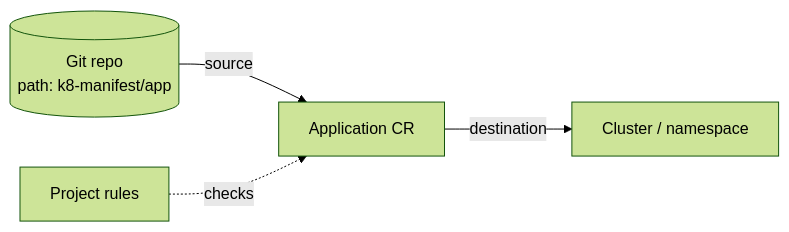
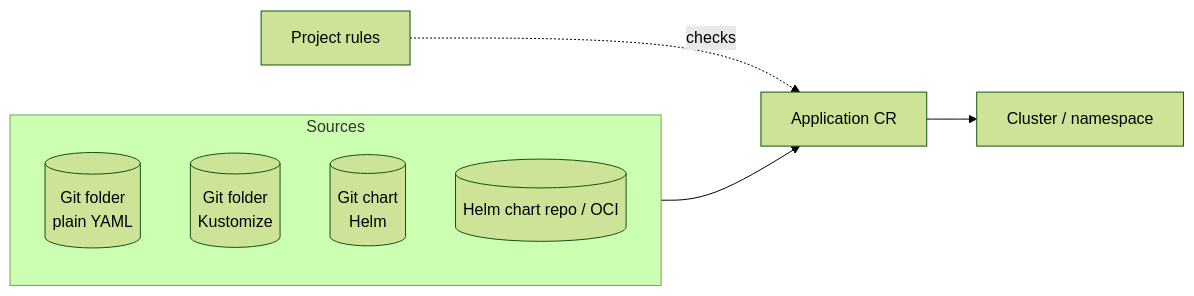
Before and after one commit to Srihariops/argocd-gitops-complete: the first of 2 diagrams in 04_applications/README.md, drawn with Mermaid (forest theme). The commit also changed other lines of this file and 206 other files, not shown here.

````diff
--- a/04_applications/README.md
+++ b/04_applications/README.md
@@ -12,6 +10,11 @@
 ```mermaid
 flowchart LR
-  Git[(Git repo<br/>path: k8-manifest/app)] -->|source| App[Application CR]
-  App -->|destination| NS[Cluster / namespace]
+  subgraph Sources
+    G1[(Git folder<br/>plain YAML)]
+    G2[(Git folder<br/>Kustomize)]
+    G3[(Git chart<br/>Helm)]
+    H[(Helm chart repo / OCI)]
+  end
+  Sources --> App[Application CR] --> Dest[Cluster / namespace]
   Proj[Project rules] -.checks.-> App
 ```
````
